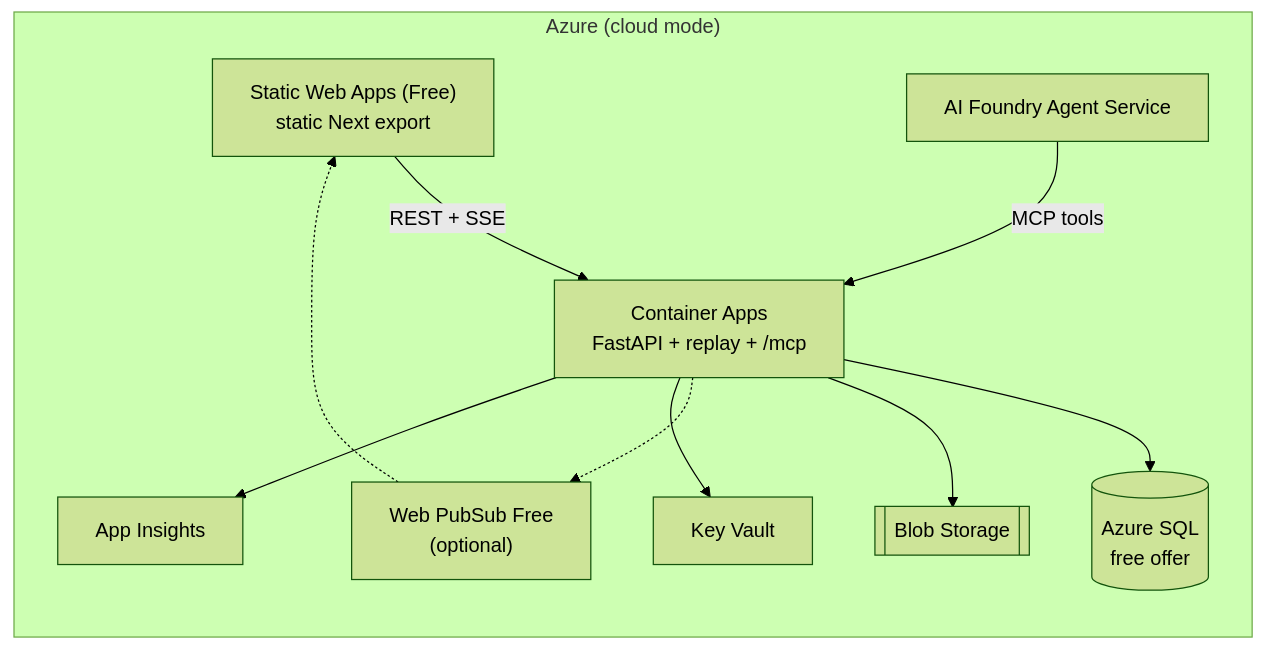
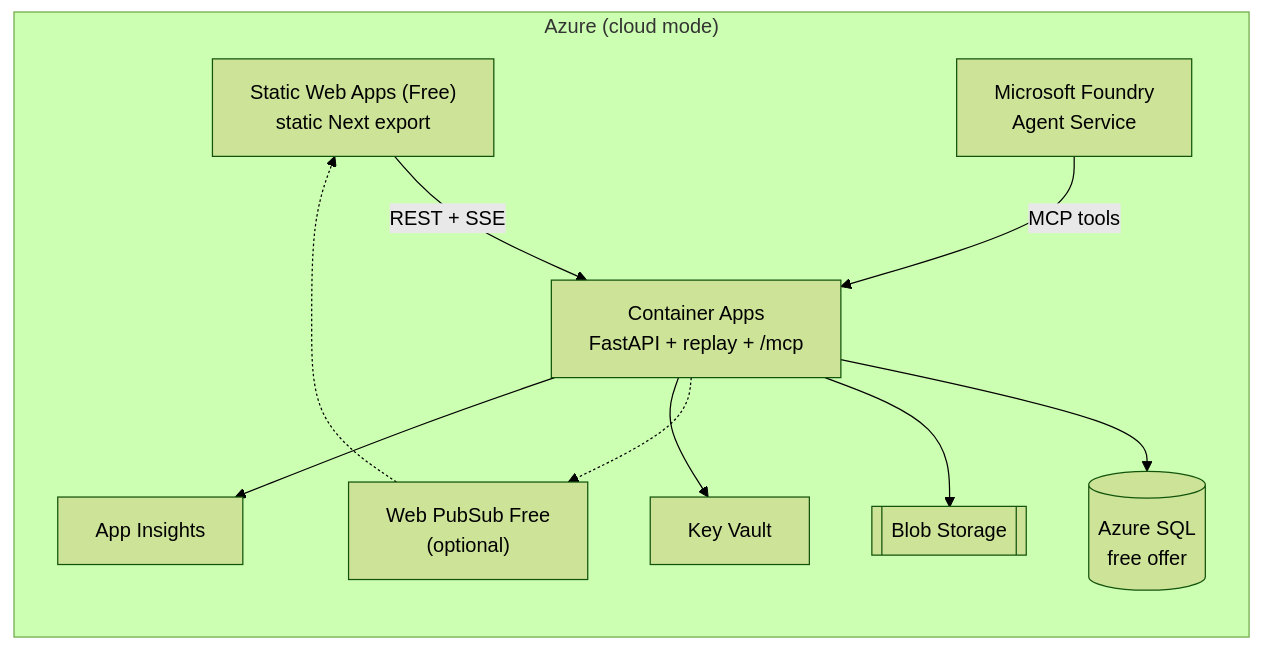
Before and after one commit to mattyjayt/beyond_the_touchline: the sixth of 7 diagrams in docs/architecture.md, drawn with Mermaid (forest theme). The commit also changed other lines of this file and 5 other files, not shown here.

````diff
--- a/docs/architecture.md
+++ b/docs/architecture.md
@@ -270,20 +275,20 @@
 ```mermaid
 flowchart LR
   subgraph Azure["Azure (cloud mode)"]
     SWA["Static Web Apps (Free)<br/>static Next export"]
     ACA["Container Apps<br/>FastAPI + replay + /mcp"]
     SQL[("Azure SQL<br/>free offer")]
     BLOB[["Blob Storage"]]
     WPS["Web PubSub Free<br/>(optional)"]
-    FDY["AI Foundry Agent Service"]
+    FDY["Microsoft Foundry<br/>Agent Service"]
     KV["Key Vault"]
     AI["App Insights"]
   end
   SWA -->|REST + SSE| ACA
   ACA --> SQL
   ACA --> BLOB
   ACA -.-> WPS -.-> SWA
   FDY -->|MCP tools| ACA
   ACA --> KV
   ACA --> AI
 ```
````
